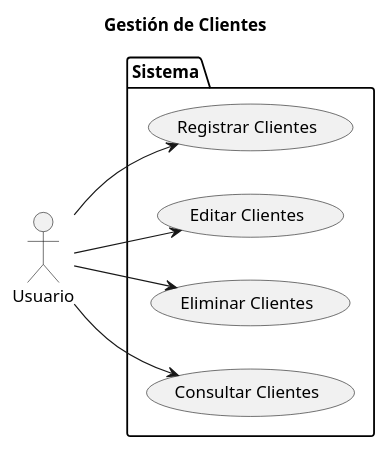
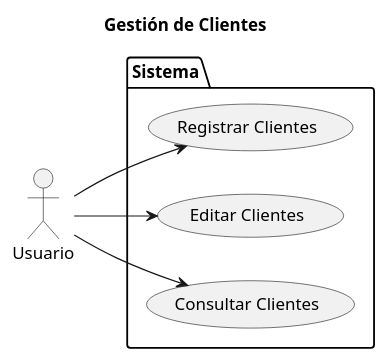
The diagram in Diagramas/caso_de_uso_Clientes.plantuml (marcelolezcanodev/GarageGuru), drawn with PlantUML before and after one commit. The commit also changed 6 other files, not shown here.

```diff
--- a/Diagramas/caso_de_uso_Clientes.plantuml
+++ b/Diagramas/caso_de_uso_Clientes.plantuml
@@ -1,23 +1,21 @@
 @startuml usuario
 
 left to right direction
 
 title Gestión de Clientes
 
 actor Usuario as User
 
 package Sistema {
 
     USECASE "Registrar Clientes" as UC_Registrar
     USECASE "Editar Clientes" as UC_Editar
-    USECASE "Eliminar Clientes" as UC_Eliminar
     USECASE "Consultar Clientes" as UC_Consultar
 
 }
 
 User --> UC_Registrar
 User --> UC_Editar
-User --> UC_Eliminar
 User --> UC_Consultar
 
 @enduml
```
